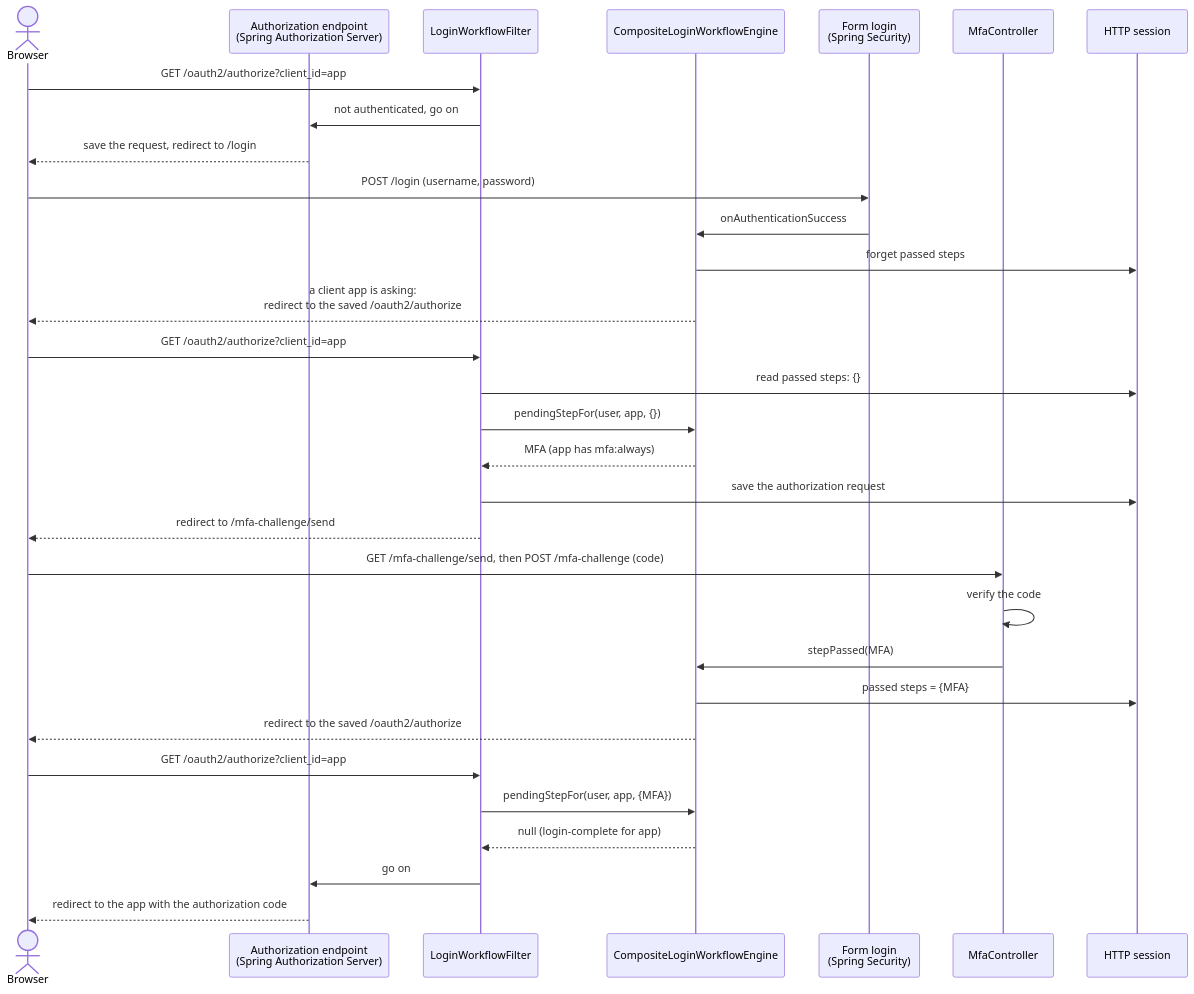
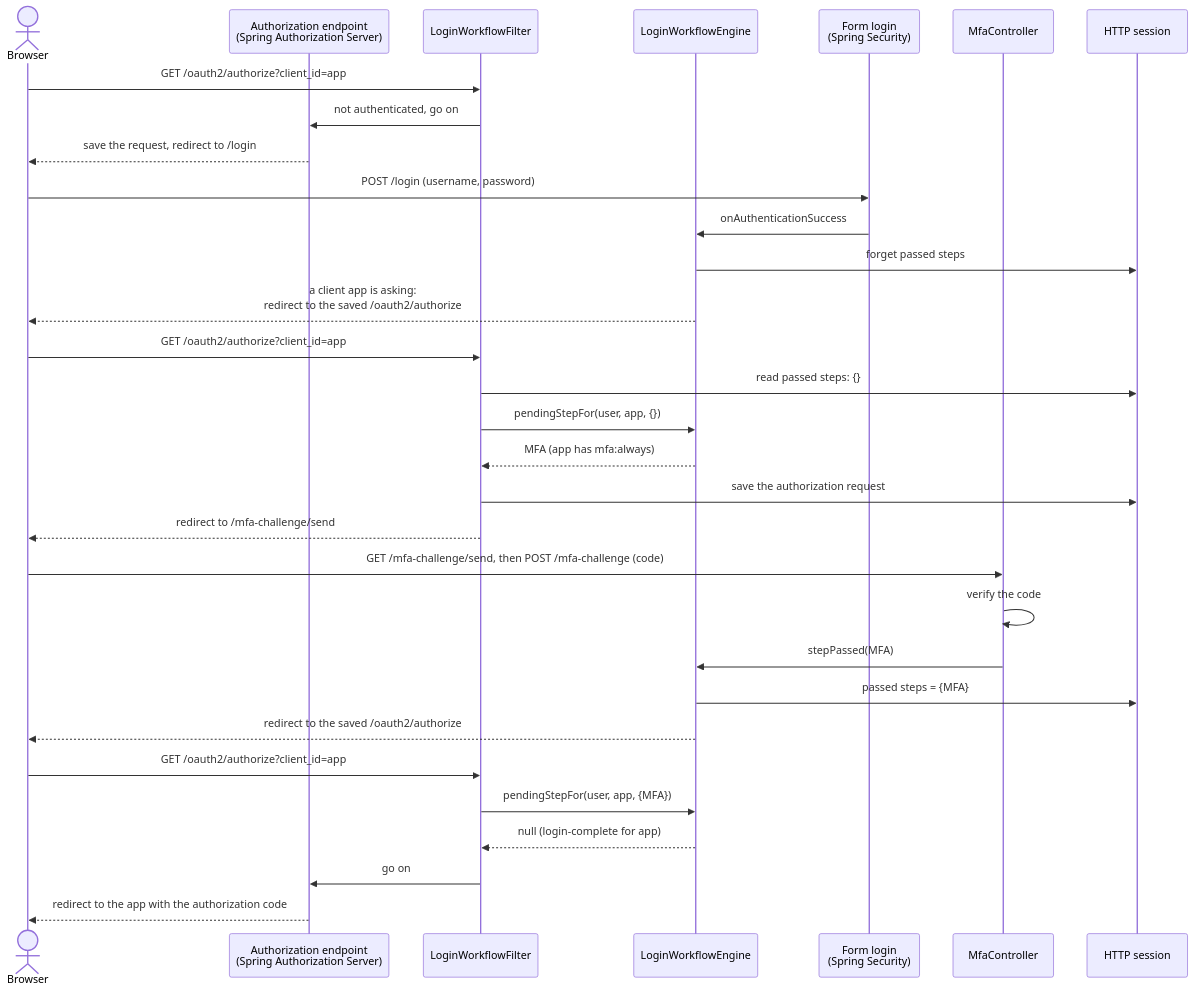
The second of 6 diagrams in auth-server/docs/login-workflow.md (mrFlick72/vauthenticator), drawn with Mermaid before and after one commit. The commit also changed other lines of this file and 12 other files, not shown here.

First line of the commit message:
auth-server: one LoginWorkflowEngine class for the login workflow (#287)

````diff
--- a/auth-server/docs/login-workflow.md
+++ b/auth-server/docs/login-workflow.md
@@ -106,34 +106,34 @@
 ```mermaid
 sequenceDiagram
     actor Browser
     participant SAS as Authorization endpoint<br/>(Spring Authorization Server)
     participant Filter as LoginWorkflowFilter
-    participant Engine as CompositeLoginWorkflowEngine
+    participant Engine as LoginWorkflowEngine
     participant Login as Form login<br/>(Spring Security)
     participant Mfa as MfaController
     participant Session as HTTP session
 
     Browser->>Filter: GET /oauth2/authorize?client_id=app
     Filter->>SAS: not authenticated, go on
     SAS-->>Browser: save the request, redirect to /login
     Browser->>Login: POST /login (username, password)
     Login->>Engine: onAuthenticationSuccess
     Engine->>Session: forget passed steps
     Engine-->>Browser: a client app is asking:<br/>redirect to the saved /oauth2/authorize
     Browser->>Filter: GET /oauth2/authorize?client_id=app
     Filter->>Session: read passed steps: {}
     Filter->>Engine: pendingStepFor(user, app, {})
     Engine-->>Filter: MFA (app has mfa:always)
     Filter->>Session: save the authorization request
     Filter-->>Browser: redirect to /mfa-challenge/send
     Browser->>Mfa: GET /mfa-challenge/send, then POST /mfa-challenge (code)
     Mfa->>Mfa: verify the code
     Mfa->>Engine: stepPassed(MFA)
     Engine->>Session: passed steps = {MFA}
     Engine-->>Browser: redirect to the saved /oauth2/authorize
     Browser->>Filter: GET /oauth2/authorize?client_id=app
     Filter->>Engine: pendingStepFor(user, app, {MFA})
     Engine-->>Filter: null (login-complete for app)
     Filter->>SAS: go on
     SAS-->>Browser: redirect to the app with the authorization code
 ```
````
